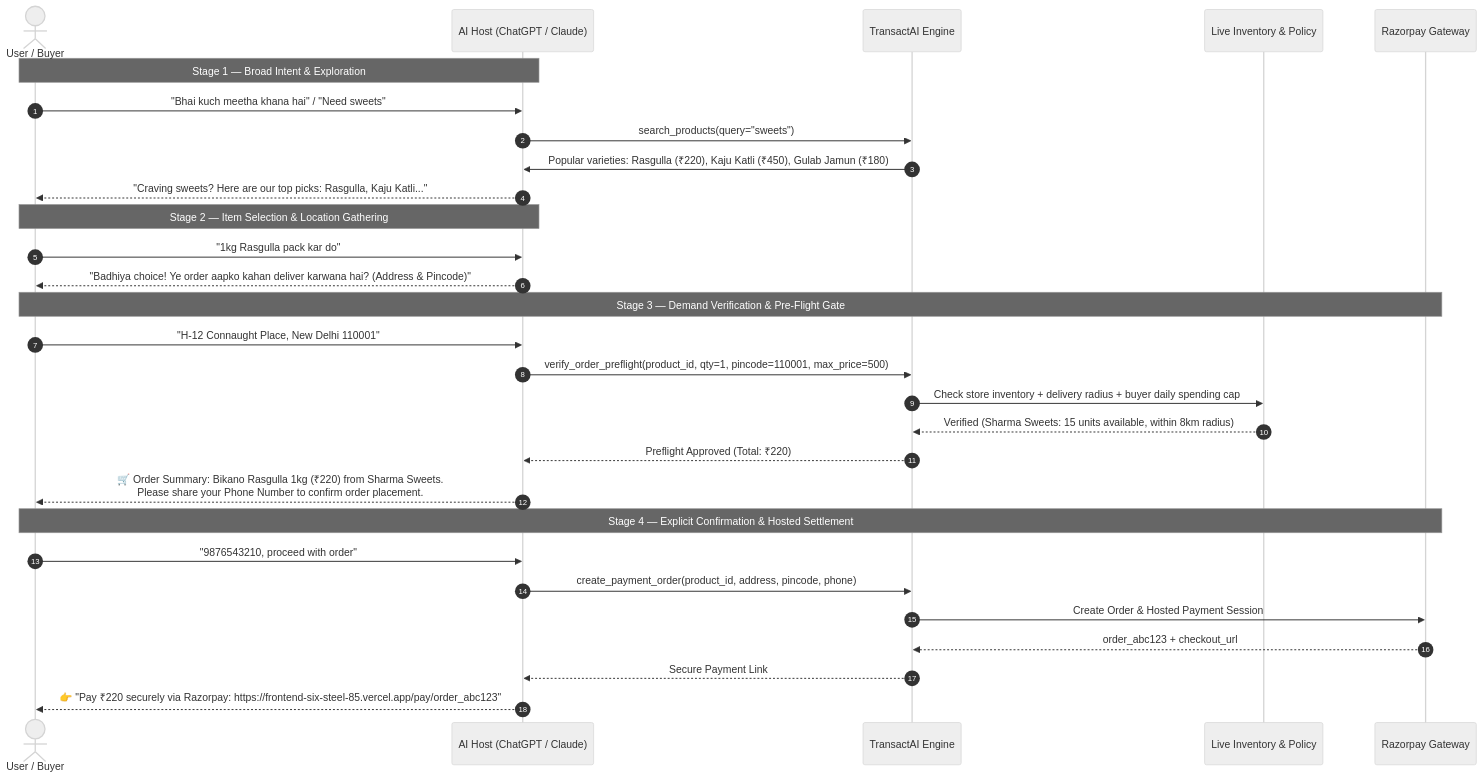
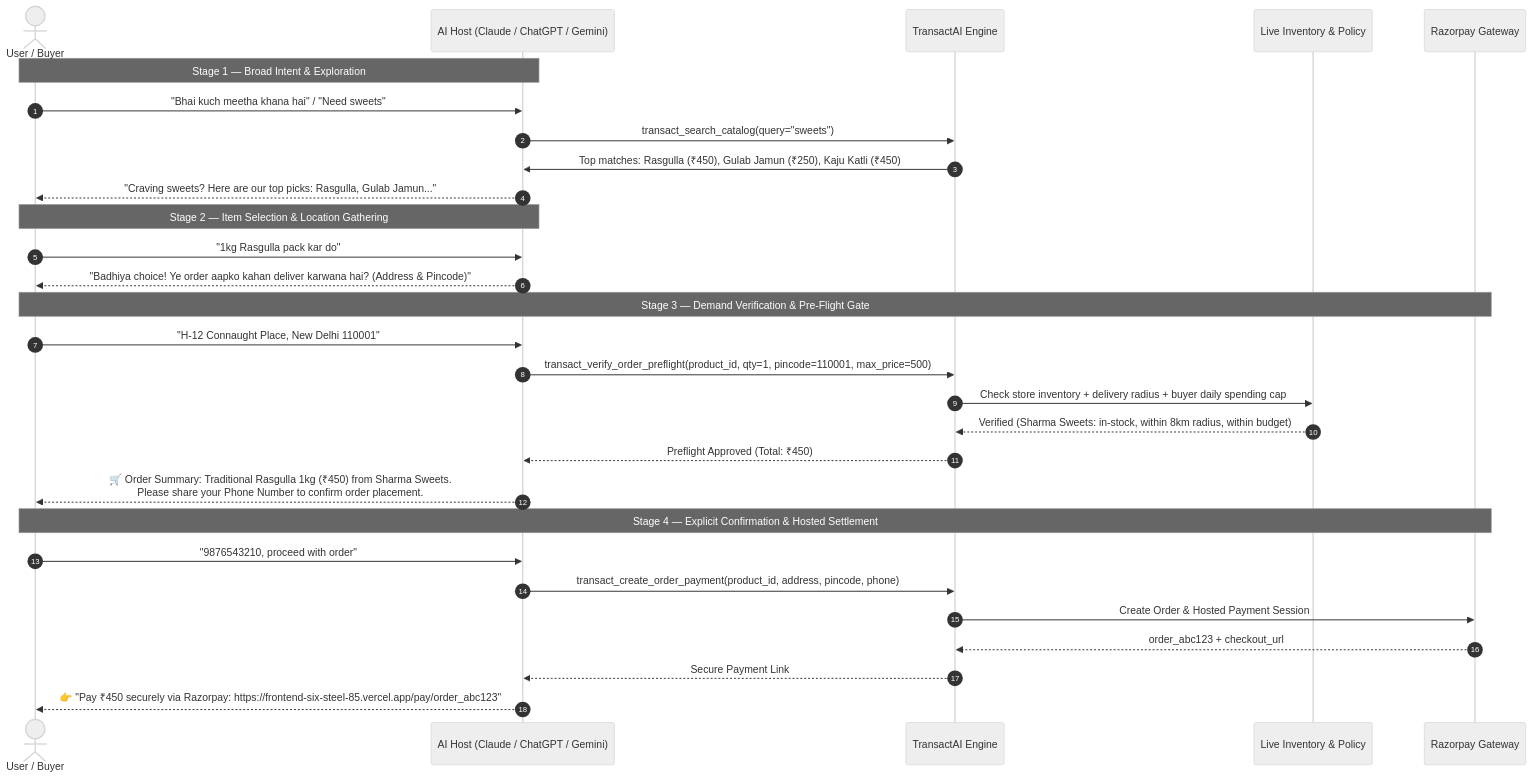
One commit to Sahil9205/Transact-Ai changed the diagram in README.md. Above: the diagram before and after it, drawn with Mermaid (neutral theme). The commit also changed other lines of this file and 4 other files, not shown here.

Commit message:
docs: benchmark honesty pass, Gemini SDK update, host compatibility matrix, and MCP tool sync

````diff
--- a/README.md
+++ b/README.md
@@ -102,35 +102,35 @@
 ```mermaid
 sequenceDiagram
     autonumber
     actor Buyer as User / Buyer
-    participant AI as AI Host (ChatGPT / Claude)
+    participant AI as AI Host (Claude / ChatGPT / Gemini)
     participant Core as TransactAI Engine
     participant DB as Live Inventory & Policy
     participant RZP as Razorpay Gateway
 
     Note over Buyer,AI: Stage 1 — Broad Intent & Exploration
     Buyer->>AI: "Bhai kuch meetha khana hai" / "Need sweets"
-    AI->>Core: search_products(query="sweets")
-    Core->>AI: Popular varieties: Rasgulla (₹220), Kaju Katli (₹450), Gulab Jamun (₹180)
-    AI-->>Buyer: "Craving sweets? Here are our top picks: Rasgulla, Kaju Katli..."
+    AI->>Core: transact_search_catalog(query="sweets")
+    Core->>AI: Top matches: Rasgulla (₹450), Gulab Jamun (₹250), Kaju Katli (₹450)
+    AI-->>Buyer: "Craving sweets? Here are our top picks: Rasgulla, Gulab Jamun..."
 
     Note over Buyer,AI: Stage 2 — Item Selection & Location Gathering
     Buyer->>AI: "1kg Rasgulla pack kar do"
     AI-->>Buyer: "Badhiya choice! Ye order aapko kahan deliver karwana hai? (Address & Pincode)"
 
     Note over Buyer,RZP: Stage 3 — Demand Verification & Pre-Flight Gate
     Buyer->>AI: "H-12 Connaught Place, New Delhi 110001"
-    AI->>Core: verify_order_preflight(product_id, qty=1, pincode=110001, max_price=500)
+    AI->>Core: transact_verify_order_preflight(product_id, qty=1, pincode=110001, max_price=500)
     Core->>DB: Check store inventory + delivery radius + buyer daily spending cap
-    DB-->>Core: Verified (Sharma Sweets: 15 units available, within 8km radius)
-    Core-->>AI: Preflight Approved (Total: ₹220)
-    AI-->>Buyer: 🛒 Order Summary: Bikano Rasgulla 1kg (₹220) from Sharma Sweets.<br/>Please share your Phone Number to confirm order placement.
+    DB-->>Core: Verified (Sharma Sweets: in-stock, within 8km radius, within budget)
+    Core-->>AI: Preflight Approved (Total: ₹450)
+    AI-->>Buyer: 🛒 Order Summary: Traditional Rasgulla 1kg (₹450) from Sharma Sweets.<br/>Please share your Phone Number to confirm order placement.
 
     Note over Buyer,RZP: Stage 4 — Explicit Confirmation & Hosted Settlement
     Buyer->>AI: "9876543210, proceed with order"
-    AI->>Core: create_payment_order(product_id, address, pincode, phone)
+    AI->>Core: transact_create_order_payment(product_id, address, pincode, phone)
     Core->>RZP: Create Order & Hosted Payment Session
     RZP-->>Core: order_abc123 + checkout_url
     Core-->>AI: Secure Payment Link
-    AI-->>Buyer: 👉 "Pay ₹220 securely via Razorpay: https://frontend-six-steel-85.vercel.app/pay/order_abc123"
+    AI-->>Buyer: 👉 "Pay ₹450 securely via Razorpay: https://frontend-six-steel-85.vercel.app/pay/order_abc123"
 ```
````
